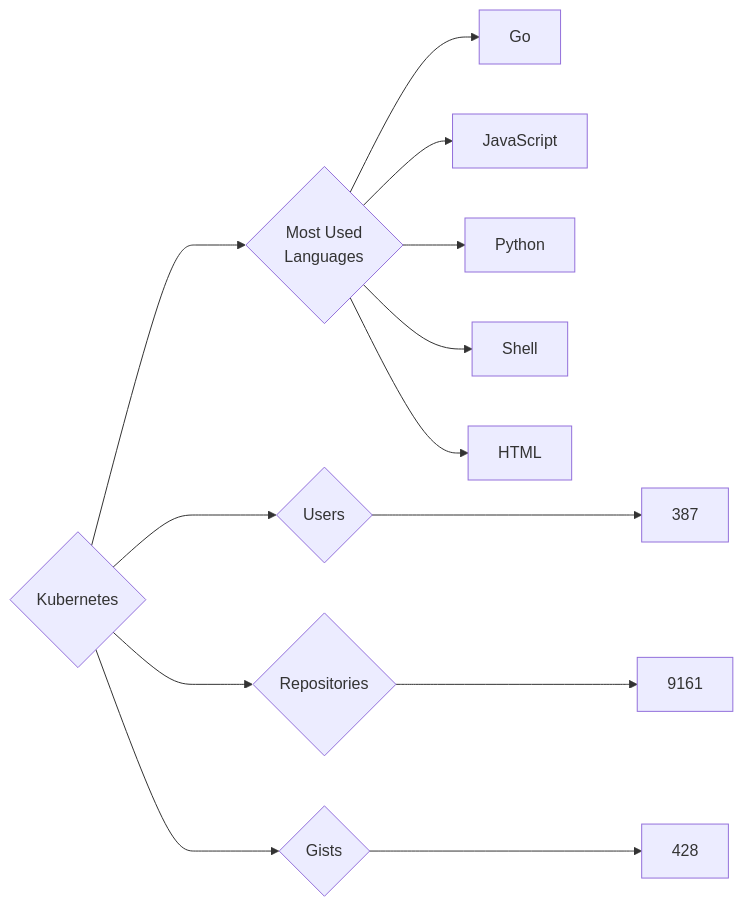
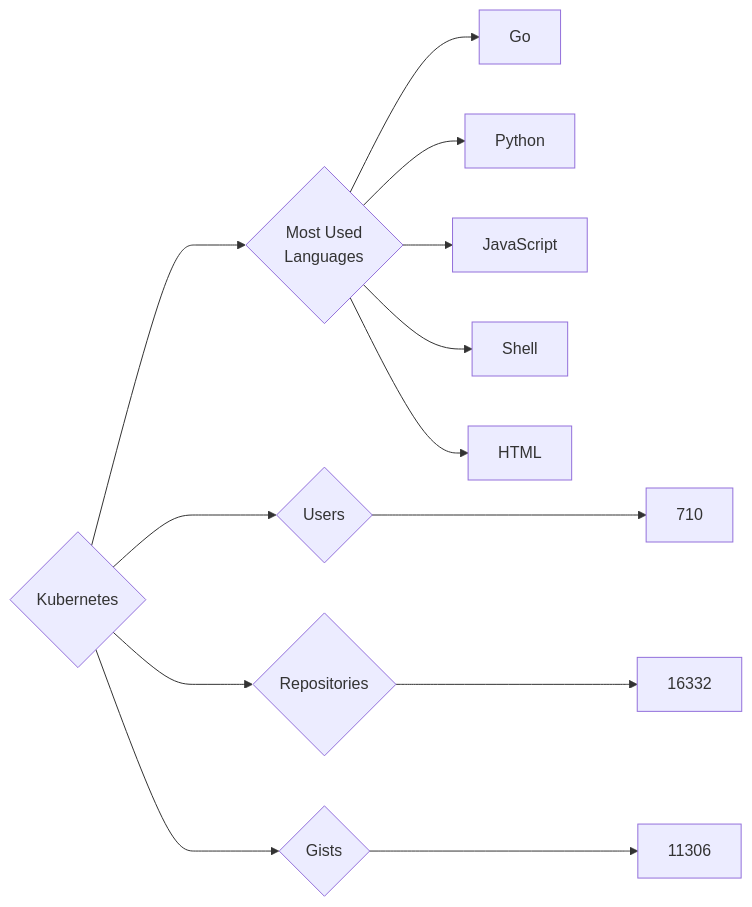
Before and after one commit to trickest/insiders: the diagram in targets/Kubernetes/README.md, drawn with Mermaid. The commit also changed 1389 other files, not shown here.

````diff
--- a/targets/Kubernetes/README.md
+++ b/targets/Kubernetes/README.md
@@ -3,13 +3,13 @@
 ```mermaid
 graph LR
 COMPANY_NAME{Kubernetes}
-COMPANY_NAME ---> U{Users} ---> UN[387]
-COMPANY_NAME ---> R{Repositories} ---> RN[9161]
-COMPANY_NAME ---> G{Gists} ---> GN[428]
+COMPANY_NAME ---> U{Users} ---> UN[710]
+COMPANY_NAME ---> R{Repositories} ---> RN[16332]
+COMPANY_NAME ---> G{Gists} ---> GN[11306]
 COMPANY_NAME ---> ML{Most Used<br>Languages}
 ML --> Go[Go]
+ML --> Python[Python]
 ML --> JavaScript[JavaScript]
-ML --> Python[Python]
 ML --> Shell[Shell]
 ML --> HTML[HTML]
 ```
````
